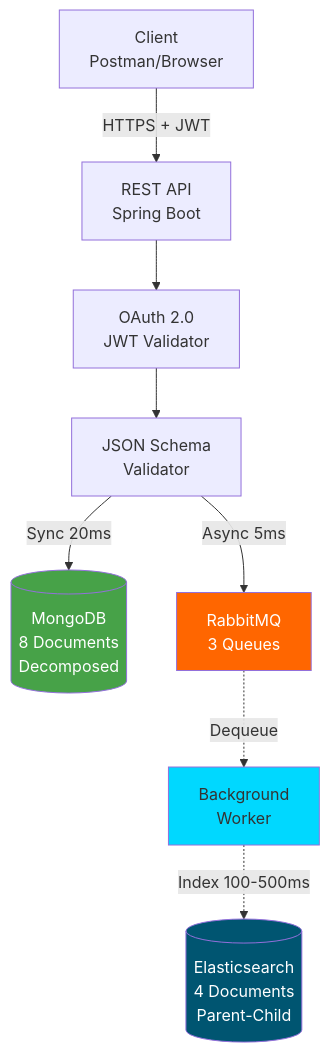
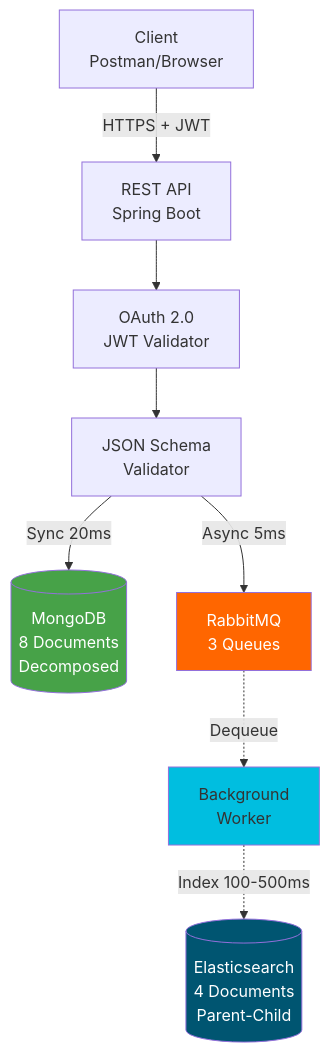
One commit to chs415009/healthplan-index-api changed the diagram in README.md. Above: the diagram before and after it, drawn with Mermaid. The commit also changed other lines of this file, not shown here.

````diff
--- a/README.md
+++ b/README.md
@@ -73,24 +72,24 @@
 ```mermaid
 graph TB
     Client[Client<br/>Postman/Browser]
     API[REST API<br/>Spring Boot]
     Auth[OAuth 2.0<br/>JWT Validator]
     Validator[JSON Schema<br/>Validator]
     MongoDB[(MongoDB<br/>8 Documents<br/>Decomposed)]
     Queue[RabbitMQ<br/>3 Queues]
     Worker[Background<br/>Worker]
     ES[(Elasticsearch<br/>4 Documents<br/>Parent-Child)]
     
     Client -->|HTTPS + JWT| API
     API --> Auth
     Auth --> Validator
     Validator -->|Sync 20ms| MongoDB
     Validator -->|Async 5ms| Queue
     Queue -.->|Dequeue| Worker
     Worker -.->|Index 100-500ms| ES
     
     style MongoDB fill:#47A248,color:#fff
     style ES fill:#005571,color:#fff
     style Queue fill:#FF6600,color:#fff
-    style Worker fill:#00D8FF
+    style Worker fill:#00BEE0
 ```
````
